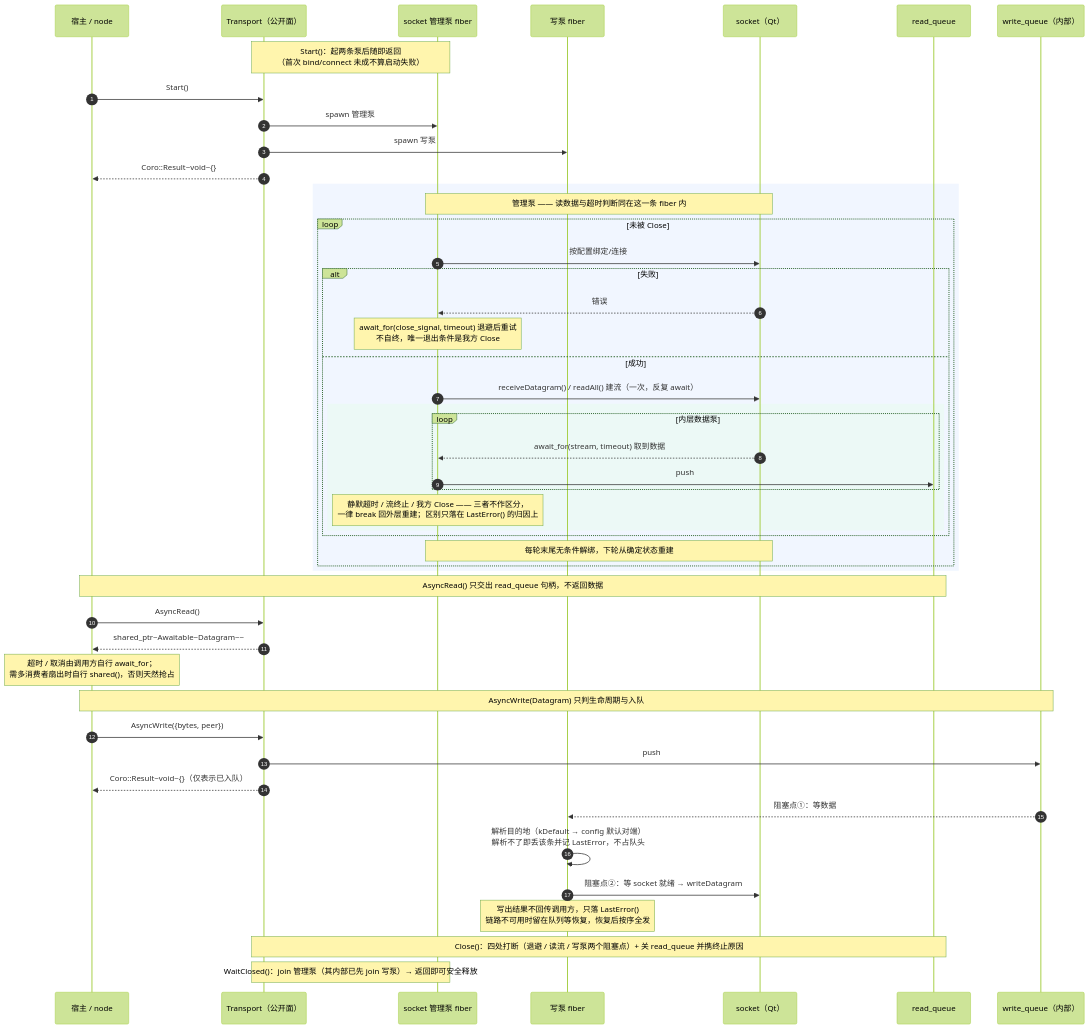
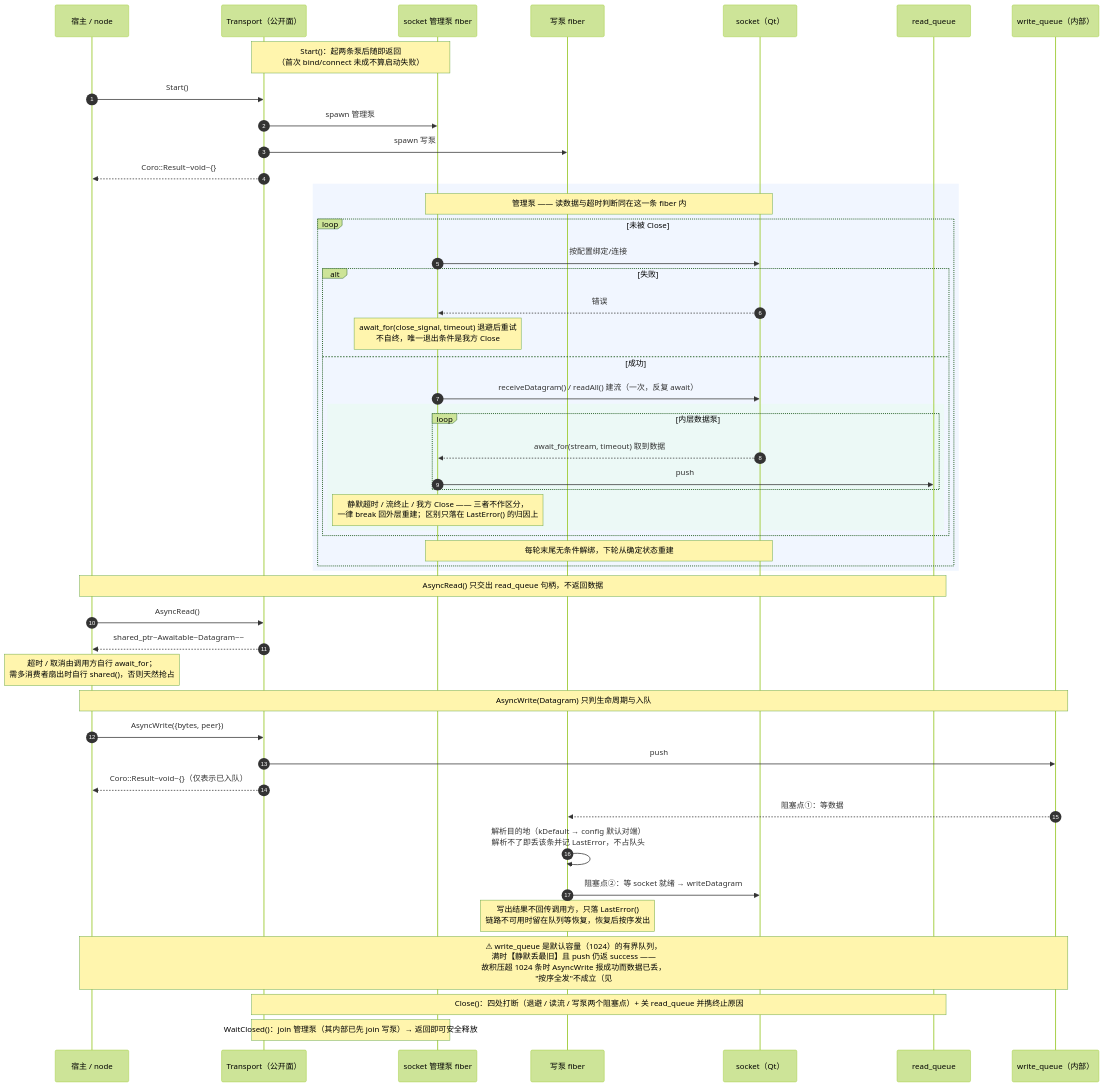
One commit to Ste7an-cs/Transport changed the diagram in docs/diagrams/seq-transport-pump.mmd. Above: the diagram before and after it, drawn with Mermaid (forest theme). The commit also changed 18 other files, not shown here.

First line of the commit message:
docs(sdd): 全量复核余下九张图,修正八张的过时描述并补编译面标注

```diff
--- a/docs/diagrams/seq-transport-pump.mmd
+++ b/docs/diagrams/seq-transport-pump.mmd
@@ -1,53 +1,54 @@
 sequenceDiagram
     autonumber
     participant X as 宿主 / node
     participant T as Transport（公开面）
     participant P as socket 管理泵 fiber
     participant W as 写泵 fiber
     participant S as socket（Qt）
     participant RQ as read_queue
     participant WQ as write_queue（内部）
 
     Note over T,P: Start()：起两条泵后随即返回<br/>（首次 bind/connect 未成不算启动失败）
     X->>T: Start()
     T->>P: spawn 管理泵
     T->>W: spawn 写泵
     T-->>X: Coro::Result~void~{}
 
     rect rgba(200,220,255,0.25)
     Note over P,S: 管理泵 —— 读数据与超时判断同在这一条 fiber 内
     loop 未被 Close
         P->>S: 按配置绑定/连接
         alt 失败
             S-->>P: 错误
             Note over P: await_for(close_signal, timeout) 退避后重试<br/>不自终，唯一退出条件是我方 Close
         else 成功
             P->>S: receiveDatagram() / readAll() 建流（一次，反复 await）
             rect rgba(220,255,220,0.25)
             loop 内层数据泵
                 S-->>P: await_for(stream, timeout) 取到数据
                 P->>RQ: push
             end
             Note over P: 静默超时 / 流终止 / 我方 Close —— 三者不作区分，<br/>一律 break 回外层重建；区别只落在 LastError() 的归因上
             end
         end
         Note over P,S: 每轮末尾无条件解绑，下轮从确定状态重建
     end
     end
 
     Note over X,RQ: AsyncRead() 只交出 read_queue 句柄，不返回数据
     X->>T: AsyncRead()
     T-->>X: shared_ptr~Awaitable~Datagram~~
     Note over X: 超时 / 取消由调用方自行 await_for；<br/>需多消费者扇出时自行 shared()，否则天然抢占
 
     Note over X,WQ: AsyncWrite(Datagram) 只判生命周期与入队
     X->>T: AsyncWrite({bytes, peer})
     T->>WQ: push
     T-->>X: Coro::Result~void~{}（仅表示已入队）
     WQ-->>W: 阻塞点①：等数据
     W->>W: 解析目的地（kDefault → config 默认对端）<br/>解析不了即丢该条并记 LastError，不占队头
     W->>S: 阻塞点②：等 socket 就绪 → writeDatagram
-    Note over W: 写出结果不回传调用方，只落 LastError()<br/>链路不可用时留在队列等恢复，恢复后按序全发
+    Note over W: 写出结果不回传调用方，只落 LastError()<br/>链路不可用时留在队列等恢复，恢复后按序发出
+    Note over X,WQ: ⚠ write_queue 是默认容量（1024）的有界队列，<br/>满时【静默丢最旧】且 push 仍返 success ——<br/>故积压超 1024 条时 AsyncWrite 报成功而数据已丢，<br/>"按序全发"不成立（见 #176）
 
     Note over T,RQ: Close()：四处打断（退避 / 读流 / 写泵两个阻塞点）+ 关 read_queue 并携终止原因
     Note over T,P: WaitClosed()：join 管理泵（其内部已先 join 写泵）→ 返回即可安全释放
```
